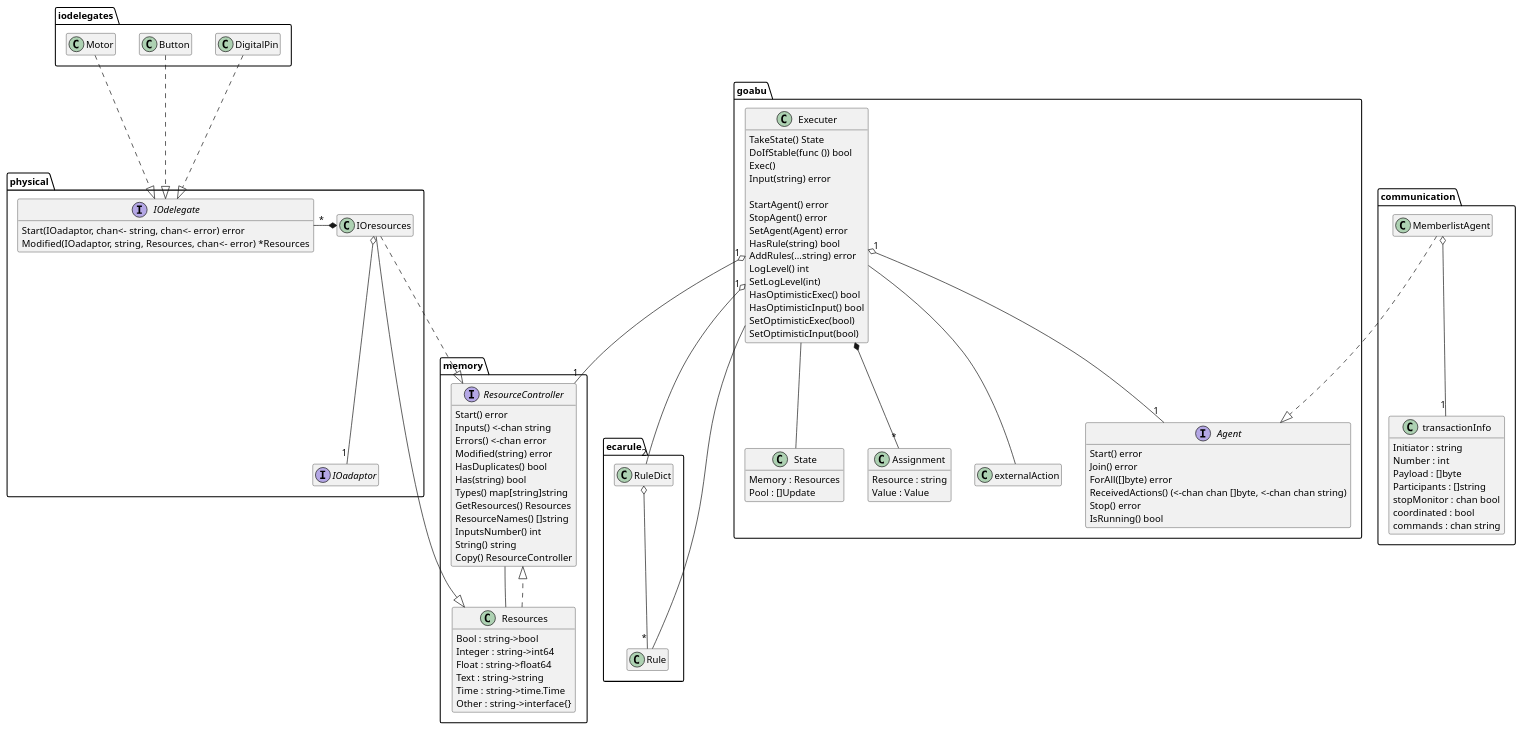
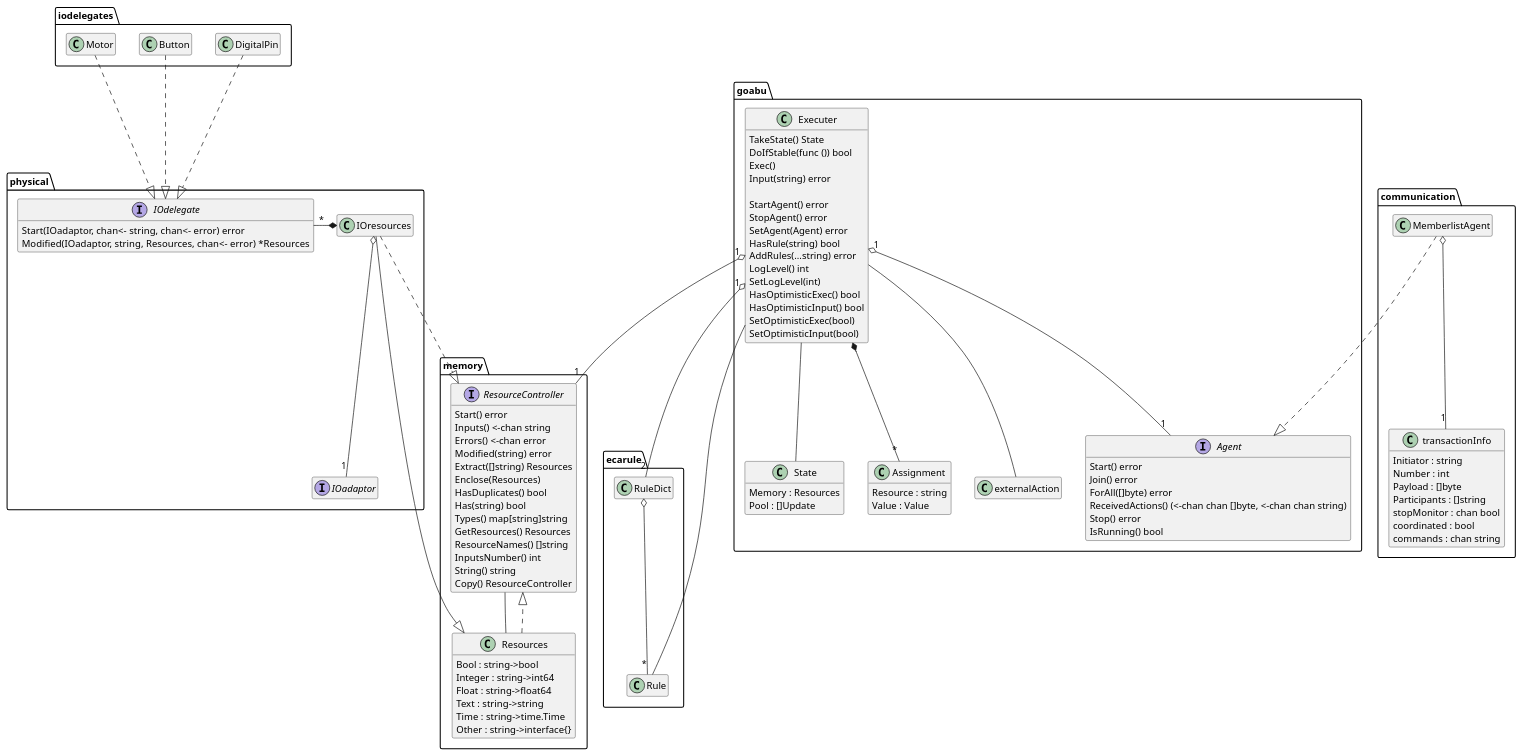
One commit to abu-lang/goabu changed the diagram in docs/class_diagram.puml. Above: the diagram before and after it, drawn with PlantUML. The commit also changed 1 other file, not shown here.

Commit message:
Add ResourceController's methods Extract and Enclose in UML

```diff
--- a/docs/class_diagram.puml
+++ b/docs/class_diagram.puml
@@ -1,133 +1,135 @@
 @startuml
 hide empty members
 
 package iodelegates {
     class DigitalPin
     class Button
     class Motor
 }
 
 package physical {
     class IOresources {
         adaptor : IOadaptor
     }
     hide IOresources attributes
     interface IOadaptor
     interface IOdelegate {
         Start(IOadaptor, chan<- string, chan<- error) error
         Modified(IOadaptor, string, Resources, chan<- error) *Resources
     }
     IOresources o-- "1" IOadaptor
     IOdelegate "*" -* IOresources
 }
 
 package ecarule {
     class Rule
     class RuleDict
 }
 
 package memory {
     interface ResourceController {
         Start() error
-	    Inputs() <-chan string
+        Inputs() <-chan string
         Errors() <-chan error
-	    Modified(string) error
-	    HasDuplicates() bool
-	    Has(string) bool
-	    Types() map[string]string
-	    GetResources() Resources
-	    ResourceNames() []string
-	    InputsNumber() int
-	    String() string
-	    Copy() ResourceController
+        Modified(string) error
+        Extract([]string) Resources
+        Enclose(Resources)
+        HasDuplicates() bool
+        Has(string) bool
+        Types() map[string]string
+        GetResources() Resources
+        ResourceNames() []string
+        InputsNumber() int
+        String() string
+        Copy() ResourceController
     }
     class Resources {
         Bool : string->bool
-	    Integer : string->int64
-	    Float : string->float64
-	    Text : string->string
-	    Time : string->time.Time
-	    Other : string->interface{}
+        Integer : string->int64
+        Float : string->float64
+        Text : string->string
+        Time : string->time.Time
+        Other : string->interface{}
     }
     RuleDict o-- "*" Rule
     Resources ..|> ResourceController
     ResourceController -- Resources
 }
 
 package goabu {
     class State {
         Memory : Resources
-	    Pool : []Update
+        Pool : []Update
     }
     class Executer {
         memory : ResourceController
         pool : []Update
         agent : Agent
         localLibrary : string->RuleDict
         globalLibrary : string->RuleDict
 
         TakeState() State
         DoIfStable(func ()) bool
         Exec()
         Input(string) error
 
         StartAgent() error
         StopAgent() error
         SetAgent(Agent) error
         HasRule(string) bool
         AddRules(...string) error
         LogLevel() int
         SetLogLevel(int)
         HasOptimisticExec() bool
         HasOptimisticInput() bool
         SetOptimisticExec(bool)
         SetOptimisticInput(bool)
     }
     hide Executer attributes
     interface Agent {
         Start() error
-	    Join() error
-	    ForAll([]byte) error
-	    ReceivedActions() (<-chan chan []byte, <-chan chan string)
-	    Stop() error
-	    IsRunning() bool
+        Join() error
+        ForAll([]byte) error
+        ReceivedActions() (<-chan chan []byte, <-chan chan string)
+        Stop() error
+        IsRunning() bool
     }
     class Assignment {
         Resource : string
         Value : Value
     }
     class externalAction
 
     Executer "1" o-- "1" Agent
     Executer *-- "*" Assignment
     Executer -- externalAction
     Executer -- State
 }
 
 package communication {
     class MemberlistAgent
     class transactionInfo {
-	    Initiator : string
-	    Number : int
-	    Payload : []byte
-	    Participants : []string
-	    stopMonitor : chan bool
-	    coordinated : bool
-	    commands : chan string
+        Initiator : string
+        Number : int
+        Payload : []byte
+        Participants : []string
+        stopMonitor : chan bool
+        coordinated : bool
+        commands : chan string
     }
     MemberlistAgent o-- "1" transactionInfo
 }
 
 DigitalPin ..|> IOdelegate
 Button ..|> IOdelegate
 Motor ..|> IOdelegate
 
 IOresources ..|> ResourceController
 IOresources --|> Resources
 
 Executer "1" o-- "1" ResourceController
 Executer "1" o-- "2" RuleDict
 Executer -- Rule
 
 MemberlistAgent ..|> Agent
 @enduml
```
